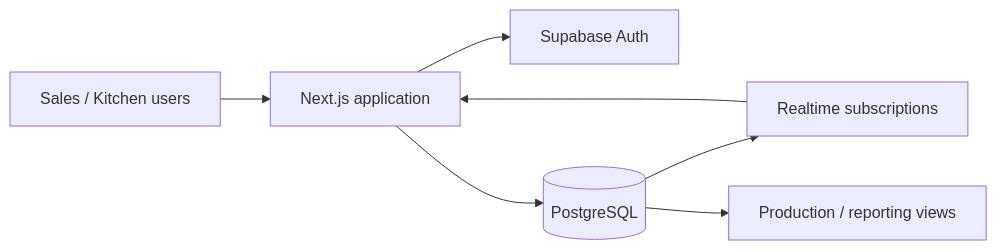
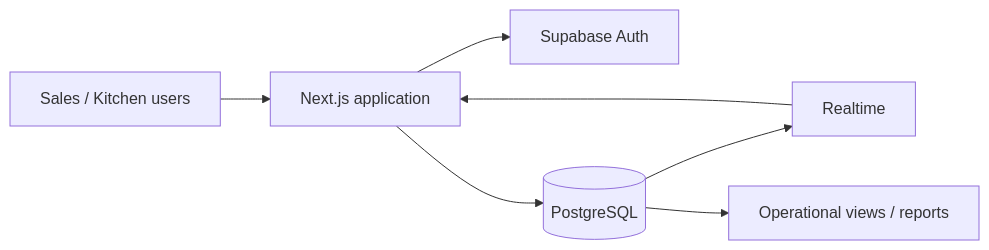
The diagram in README.md (MeLlamoGer/bakery-ops-manager), drawn with Mermaid before and after one commit. The commit also changed other lines of this file and 11 other files, not shown here.

````diff
--- a/README.md
+++ b/README.md
@@ -36,9 +44,9 @@
 ```mermaid
 flowchart LR
     U[Sales / Kitchen users] --> N[Next.js application]
     N --> A[Supabase Auth]
     N --> P[(PostgreSQL)]
-    P --> R[Realtime subscriptions]
+    P --> R[Realtime]
     R --> N
-    P --> V[Production / reporting views]
+    P --> V[Operational views / reports]
 ```
````
